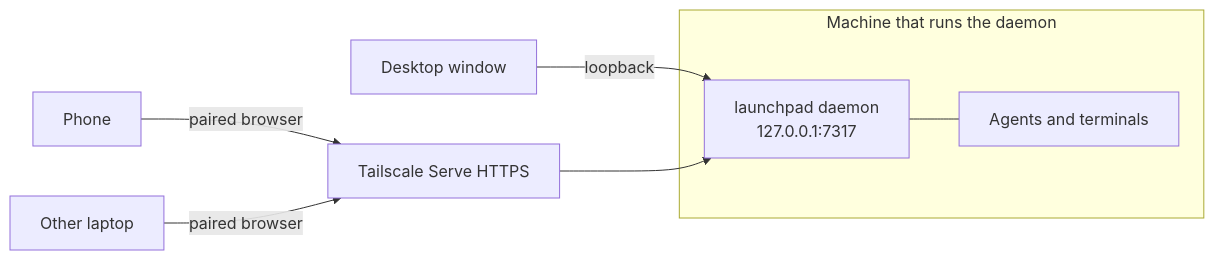
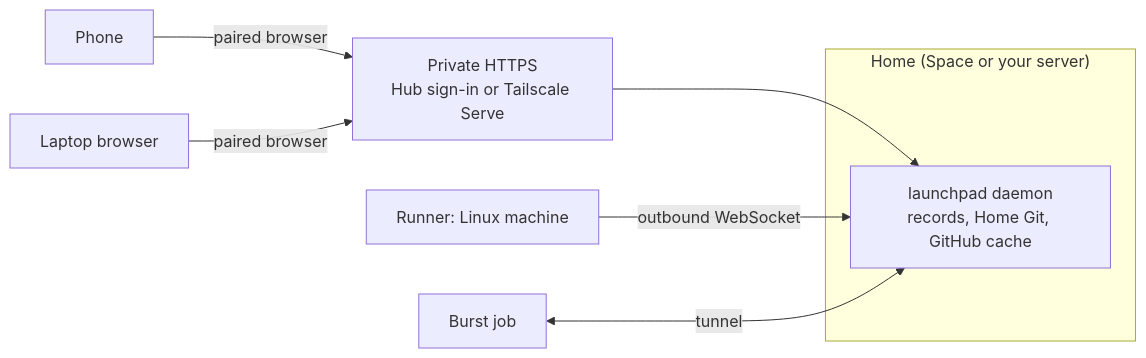
One commit to Wauplin/launchpad changed the diagram in docs/remote-access.md. Above: the diagram before and after it, drawn with Mermaid. The commit also changed other lines of this file and 16 other files, not shown here.

Commit message:
Docs: Home and runners only (no single-process mode or desktop shell), placement, saving on Home, Home answers from Home Git, runner window status only, Home setup and runner checklist, Home in a Space (hf-home), Telegram-only notifications

````diff
--- a/docs/remote-access.md
+++ b/docs/remote-access.md
@@ -5,12 +5,11 @@
 ```mermaid
 flowchart LR
-    subgraph Host["Machine that runs the daemon"]
-        D["launchpad daemon<br/>127.0.0.1:7317"]
-        A[Agents and terminals]
-        D --- A
+    subgraph H["Home (Space or your server)"]
+        D["launchpad daemon<br/>records, Home Git, GitHub cache"]
     end
-    W[Desktop window] -->|loopback| D
-    T[Tailscale Serve HTTPS] --> D
+    T[Private HTTPS<br/>Hub sign-in or Tailscale Serve] --> D
     P[Phone] -->|paired browser| T
-    L[Other laptop] -->|paired browser| T
+    L[Laptop browser] -->|paired browser| T
+    R1[Runner: Linux machine] -->|outbound WebSocket| D
+    R2[Burst job] <-->|tunnel| D
 ```
````
